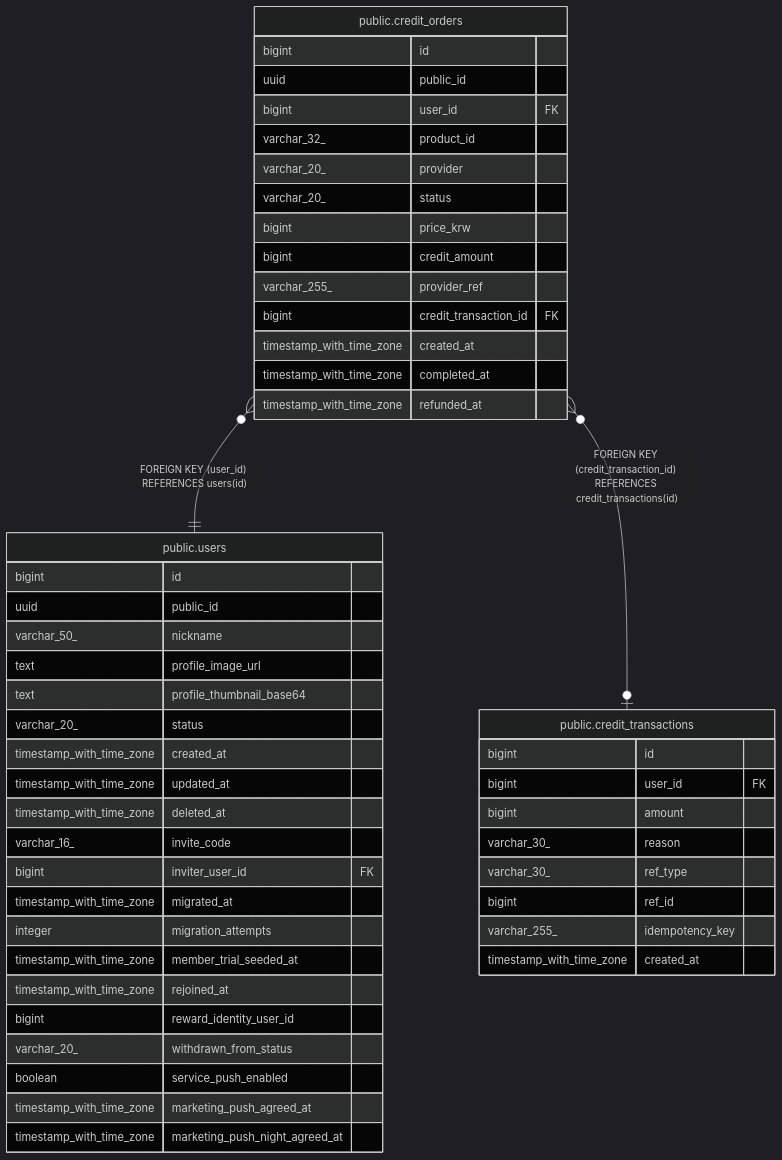
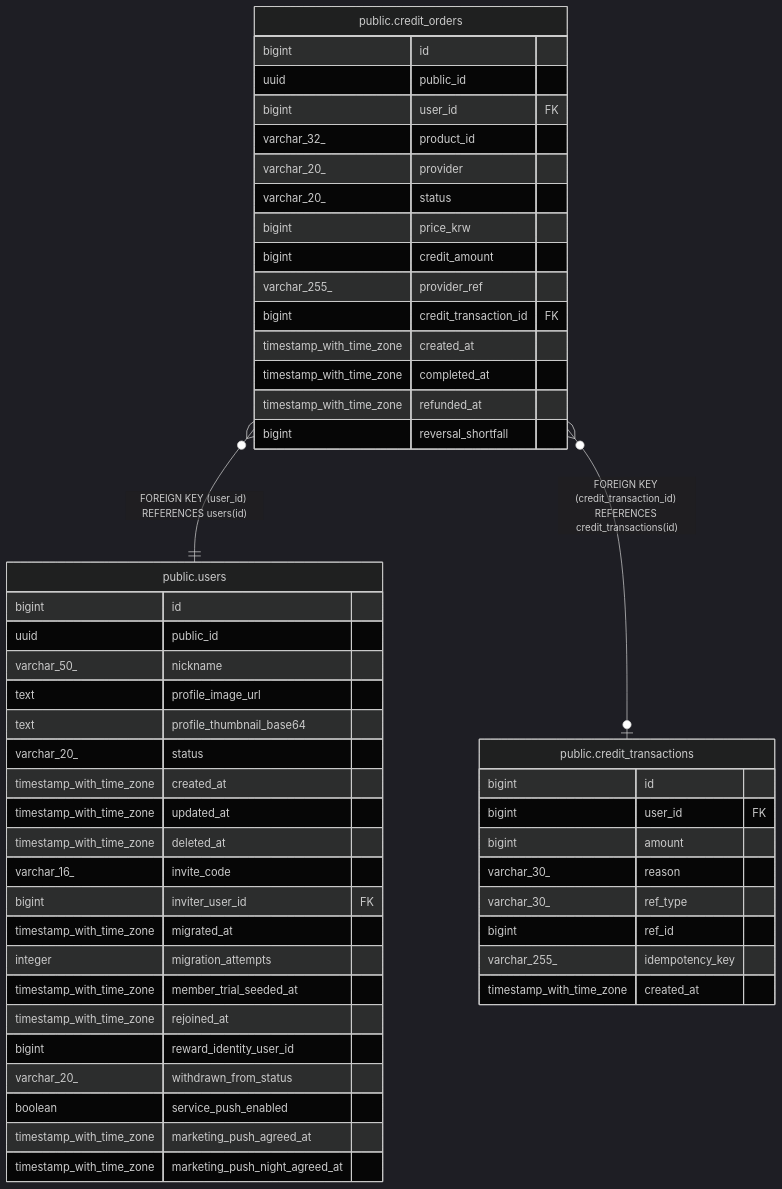
The diagram in dbdoc/public.credit_orders.md (KIM-N-KANG/manyak-server), drawn with Mermaid (dark theme) before and after one commit. The commit also changed other lines of this file and 26 other files, not shown here.

````diff
--- a/dbdoc/public.credit_orders.md
+++ b/dbdoc/public.credit_orders.md
@@ -44,54 +45,55 @@
 ```mermaid
 erDiagram
 
 "public.credit_orders" }o--|| "public.users" : "FOREIGN KEY (user_id) REFERENCES users(id)"
 "public.credit_orders" }o--o| "public.credit_transactions" : "FOREIGN KEY (credit_transaction_id) REFERENCES credit_transactions(id)"
 
 "public.credit_orders" {
   bigint id
   uuid public_id
   bigint user_id FK
   varchar_32_ product_id
   varchar_20_ provider
   varchar_20_ status
   bigint price_krw
   bigint credit_amount
   varchar_255_ provider_ref
   bigint credit_transaction_id FK
   timestamp_with_time_zone created_at
   timestamp_with_time_zone completed_at
   timestamp_with_time_zone refunded_at
+  bigint reversal_shortfall
 }
 "public.users" {
   bigint id
   uuid public_id
   varchar_50_ nickname
   text profile_image_url
   text profile_thumbnail_base64
   varchar_20_ status
   timestamp_with_time_zone created_at
   timestamp_with_time_zone updated_at
   timestamp_with_time_zone deleted_at
   varchar_16_ invite_code
   bigint inviter_user_id FK
   timestamp_with_time_zone migrated_at
   integer migration_attempts
   timestamp_with_time_zone member_trial_seeded_at
   timestamp_with_time_zone rejoined_at
   bigint reward_identity_user_id
   varchar_20_ withdrawn_from_status
   boolean service_push_enabled
   timestamp_with_time_zone marketing_push_agreed_at
   timestamp_with_time_zone marketing_push_night_agreed_at
 }
 "public.credit_transactions" {
   bigint id
   bigint user_id FK
   bigint amount
   varchar_30_ reason
   varchar_30_ ref_type
   bigint ref_id
   varchar_255_ idempotency_key
   timestamp_with_time_zone created_at
 }
 ```
````
